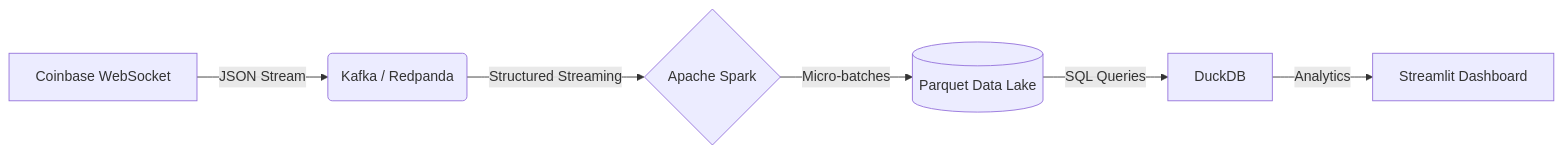
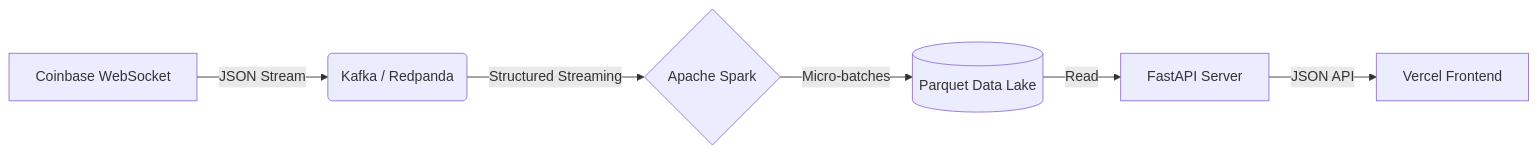
Before and after one commit to rupaniyash/crypto-sentinel: the diagram in README.md, drawn with Mermaid. The commit also changed other lines of this file and 4 other files, not shown here.

Commit message:
Refactor: Switch to Headless Architecture (FastAPI + Spark)

````diff
--- a/README.md
+++ b/README.md
@@ -19,8 +21,8 @@
 ```mermaid
 graph LR
     A[Coinbase WebSocket] -->|JSON Stream| B(Kafka / Redpanda)
     B -->|Structured Streaming| C{Apache Spark}
     C -->|Micro-batches| D[(Parquet Data Lake)]
-    D -->|SQL Queries| E[DuckDB]
-    E -->|Analytics| F[Streamlit Dashboard]
+    D -->|Read| E[FastAPI Server]
+    E -->|JSON API| F[Vercel Frontend]
 ```
````
